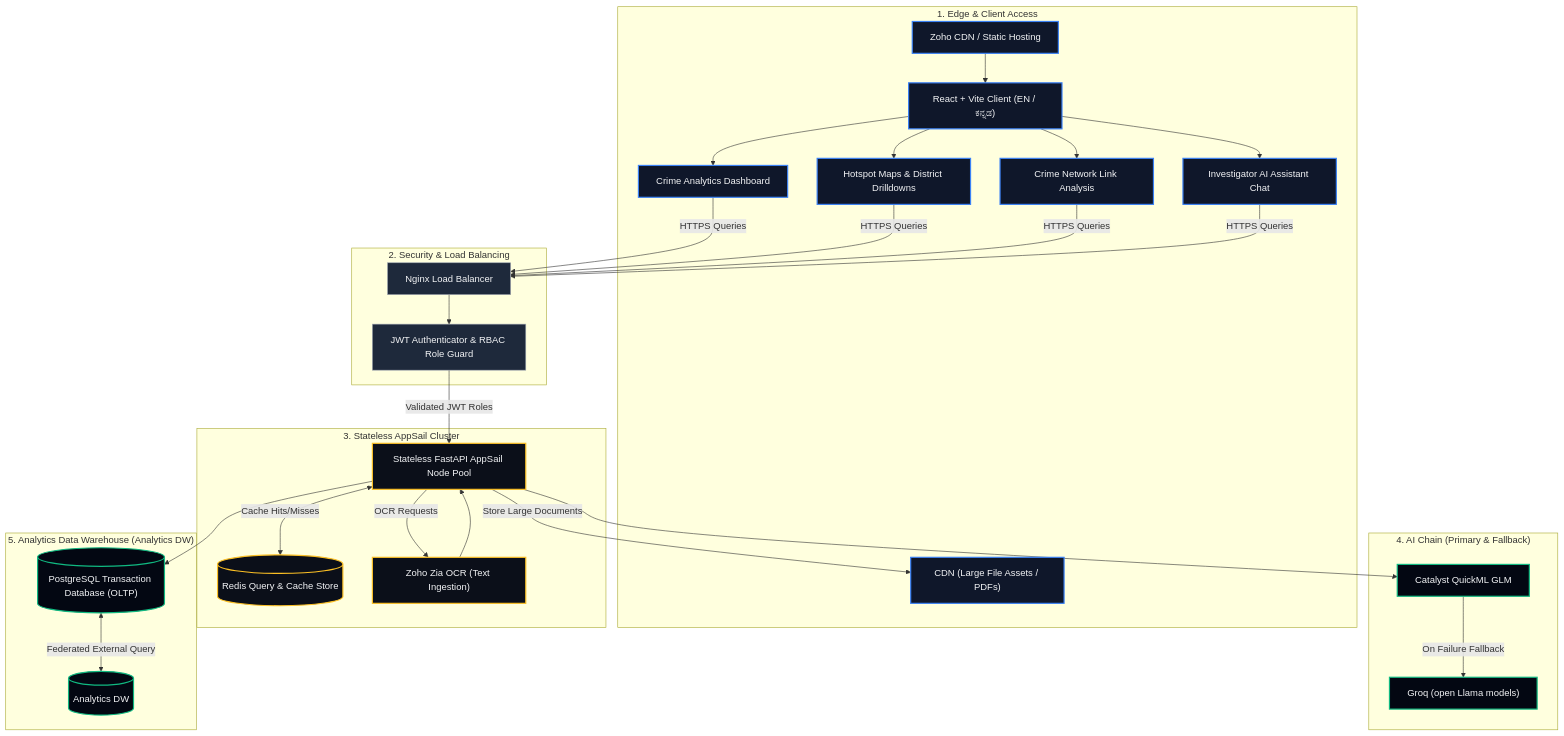
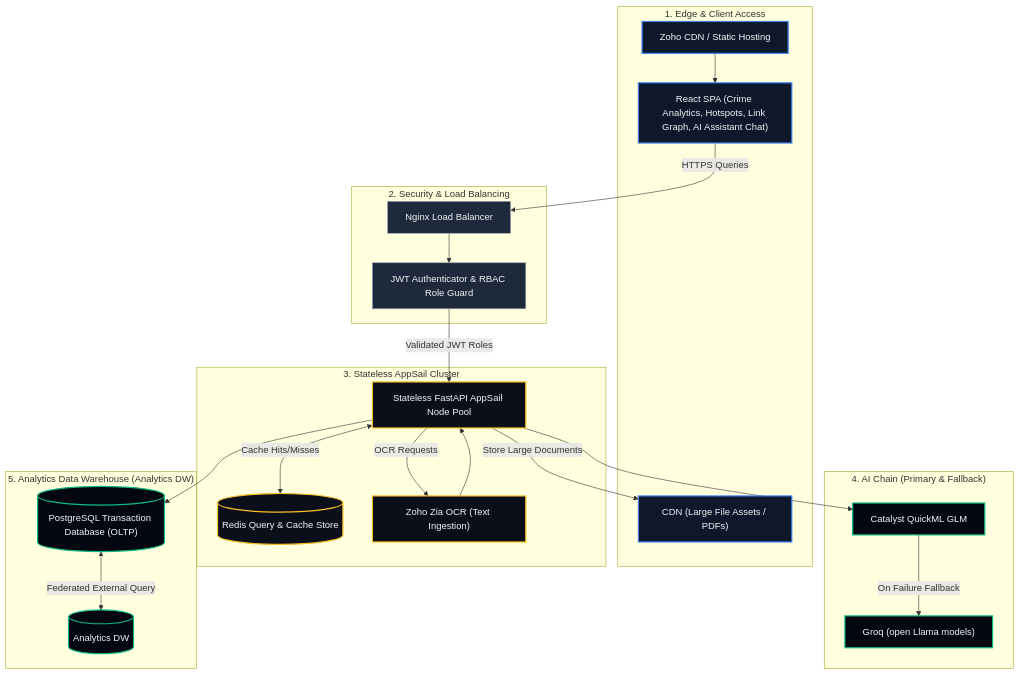
Before and after one commit to chiraghs/Vyuha-Network: the first of 2 diagrams in README.md, drawn with Mermaid.

Commit message:
docs: simplify system architecture to a high-level model

````diff
--- a/README.md
+++ b/README.md
@@ -106,79 +106,64 @@
 ```mermaid
 flowchart TD
     %% Custom Styling
     classDef client fill:#0F172A,stroke:#3B82F6,stroke-width:2px,color:#F3F4F6;
     classDef infra fill:#1E293B,stroke:#9CA3AF,stroke-width:1px,color:#F3F4F6;
     classDef logic fill:#0B0F19,stroke:#FBBF24,stroke-width:2px,color:#F3F4F6;
     classDef data fill:#030712,stroke:#10B981,stroke-width:2px,color:#F3F4F6;
 
     subgraph ClientLayer["1. Edge & Client Access"]
         CDN_STATIC["Zoho CDN / Static Hosting"]
-        SPA["React + Vite Client (EN / ಕನ್ನಡ)"]
+        SPA["React SPA (Crime Analytics, Hotspots, Link Graph, AI Assistant Chat)"]
         CDN_ASSETS["CDN (Large File Assets / PDFs)"]
-        
-        %% Client Application Sub-Modules
-        DASH["Crime Analytics Dashboard"]
-        MAP_UI["Hotspot Maps & District Drilldowns"]
-        LINK_UI["Crime Network Link Analysis"]
-        CHAT_UI["Investigator AI Assistant Chat"]
     end
 
     subgraph IngressLayer["2. Security & Load Balancing"]
         LB["Nginx Load Balancer"]
         AUTH["JWT Authenticator & RBAC Role Guard"]
     end
 
     subgraph LogicLayer["3. Stateless AppSail Cluster"]
         API_POOL["Stateless FastAPI AppSail Node Pool"]
         REDIS[("Redis Query & Cache Store")]
         ZIA["Zoho Zia OCR (Text Ingestion)"]
     end
 
     subgraph AI["4. AI Chain (Primary & Fallback)"]
         GLM["Catalyst QuickML GLM"]
         GROQ["Groq (open Llama models)"]
     end
 
     subgraph DatabaseLayer["5. Analytics Data Warehouse (Analytics DW)"]
         PG[("PostgreSQL Transaction Database (OLTP)")]
         BQ[("Analytics DW")]
     end
 
     %% Client Routing Flow
     CDN_STATIC --> SPA
-    SPA --> DASH
-    SPA --> MAP_UI
-    SPA --> LINK_UI
-    SPA --> CHAT_UI
-    
-    %% Ingress to Load Balancer
-    DASH -->|HTTPS Queries| LB
-    MAP_UI -->|HTTPS Queries| LB
-    LINK_UI -->|HTTPS Queries| LB
-    CHAT_UI -->|HTTPS Queries| LB
+    SPA -->|HTTPS Queries| LB
     
     %% Security Triage
     LB --> AUTH
     AUTH -->|Validated JWT Roles| API_POOL
     
     %% Cache & Storage
     API_POOL <-->|Cache Hits/Misses| REDIS
     API_POOL -->|Store Large Documents| CDN_ASSETS
     
     %% Ingestion / OCR
     API_POOL -->|OCR Requests| ZIA
     ZIA --> API_POOL
 
     %% AI Integrations
     API_POOL --> GLM
     GLM -->|On Failure Fallback| GROQ
 
     %% Data Syncing
     API_POOL --> PG
     PG <-->|Federated External Query| BQ
 
-    class SPA,CDN_STATIC,CDN_ASSETS,DASH,MAP_UI,LINK_UI,CHAT_UI client;
+    class SPA,CDN_STATIC,CDN_ASSETS client;
     class LB,AUTH infra;
     class API_POOL,REDIS,ZIA logic;
     class PG,BQ,GLM,GROQ data;
 ```
````
